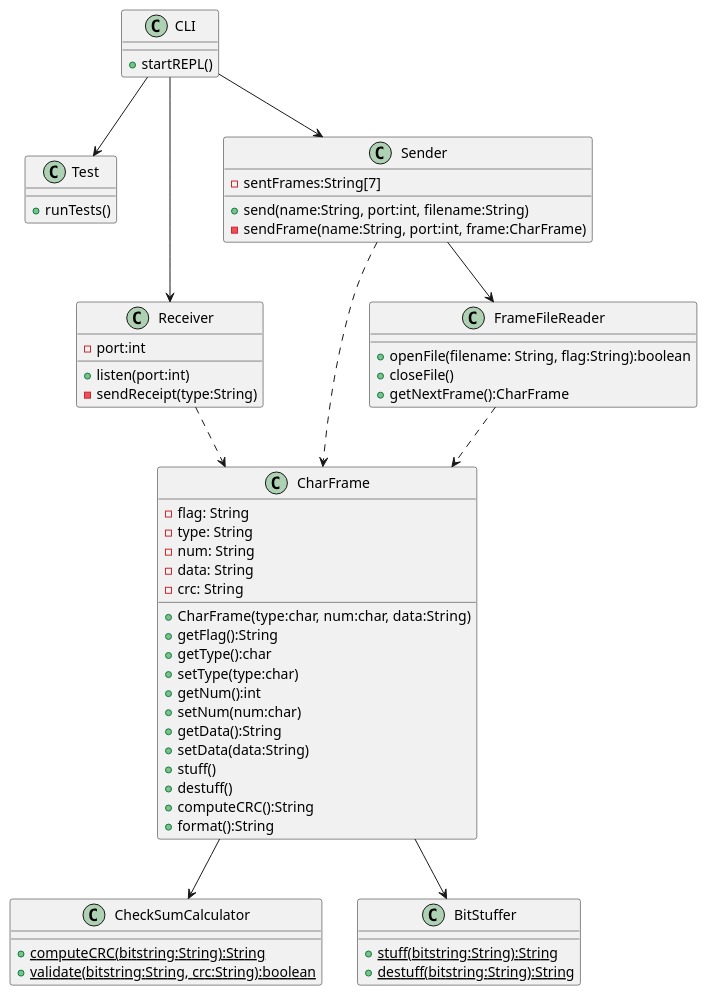
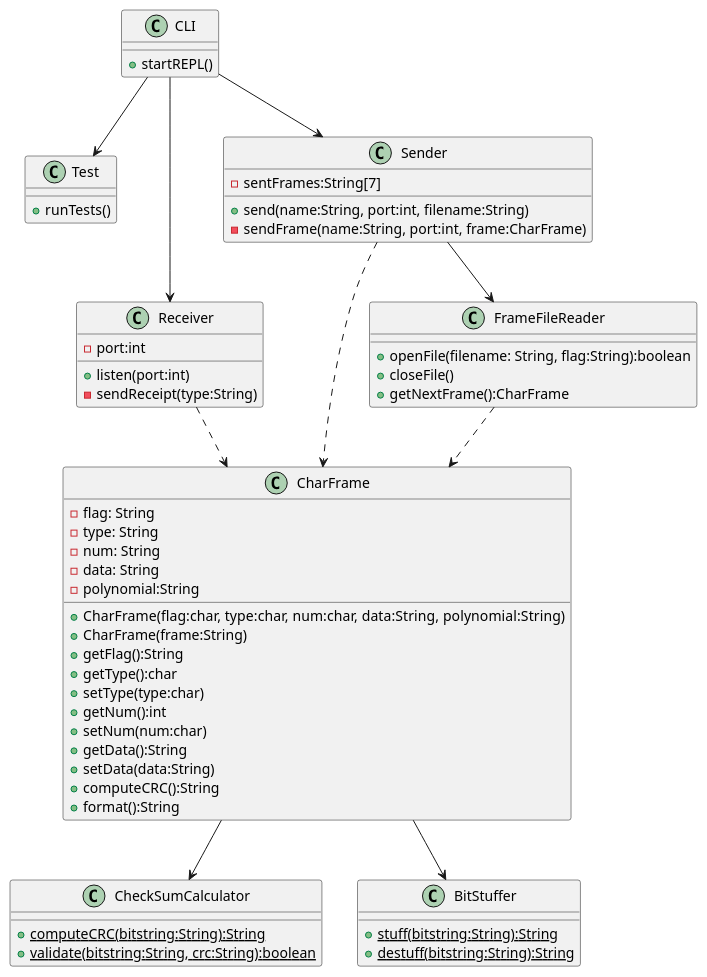
The diagram in class2.pu (elisezhg/IFT3325-TP2), drawn with PlantUML before and after one commit. The commit also changed 7 other files, not shown here.

Commit message:
CharFrame partial completion

```diff
--- a/class2.pu
+++ b/class2.pu
@@ -1,71 +1,70 @@
 @startuml
 skinparam defaultFontName Courier 10 Pitch
 class CharFrame{
 	-flag: String
 	-type: String
 	-num: String
 	-data: String
-	-crc: String
+	-polynomial:String
 
 	/'the idea is for the constructor to immediately convert fields to
 	easier to work with bit strings'/
-	+CharFrame(type:char, num:char, data:String)
+	+CharFrame(flag:char, type:char, num:char, data:String, polynomial:String)
+	+CharFrame(frame:String)
 	+getFlag():String
 	+getType():char
 	+setType(type:char)
 	+getNum():int
 	+setNum(num:char)
 	+getData():String
 	+setData(data:String)
-	+stuff()
-	+destuff()
 	+computeCRC():String
 	+format():String
 }
 class CheckSumCalculator{
 	{static} +computeCRC(bitstring:String):String
 	{static} +validate(bitstring:String, crc:String):boolean
 }
 class BitStuffer{
 	{static} +stuff(bitstring:String):String
 	{static} +destuff(bitstring:String):String
 }
 class FrameFileReader{
 
 	+openFile(filename: String, flag:String):boolean
 	+closeFile()
 	+getNextFrame():CharFrame
 
 }
 class CLI{
 	+startREPL()
 }
 class Test{
 	+runTests()
 }
 
 class Receiver{
 	-port:int
 
 	+listen(port:int)
 	-sendReceipt(type:String)
 }
 class Sender{
 	-sentFrames:String[7]/'needed to resend'/
 
 	+send(name:String, port:int, filename:String)
 	-sendFrame(name:String, port:int, frame:CharFrame)
 }
 
 CLI --> Sender
 CLI --> Receiver
 
 FrameFileReader ..> CharFrame
 CharFrame --> CheckSumCalculator
 CharFrame --> BitStuffer
 
 CLI --> Test
 Sender --> FrameFileReader
 Sender ..> CharFrame
 Receiver ..> CharFrame
 @enduml
```
